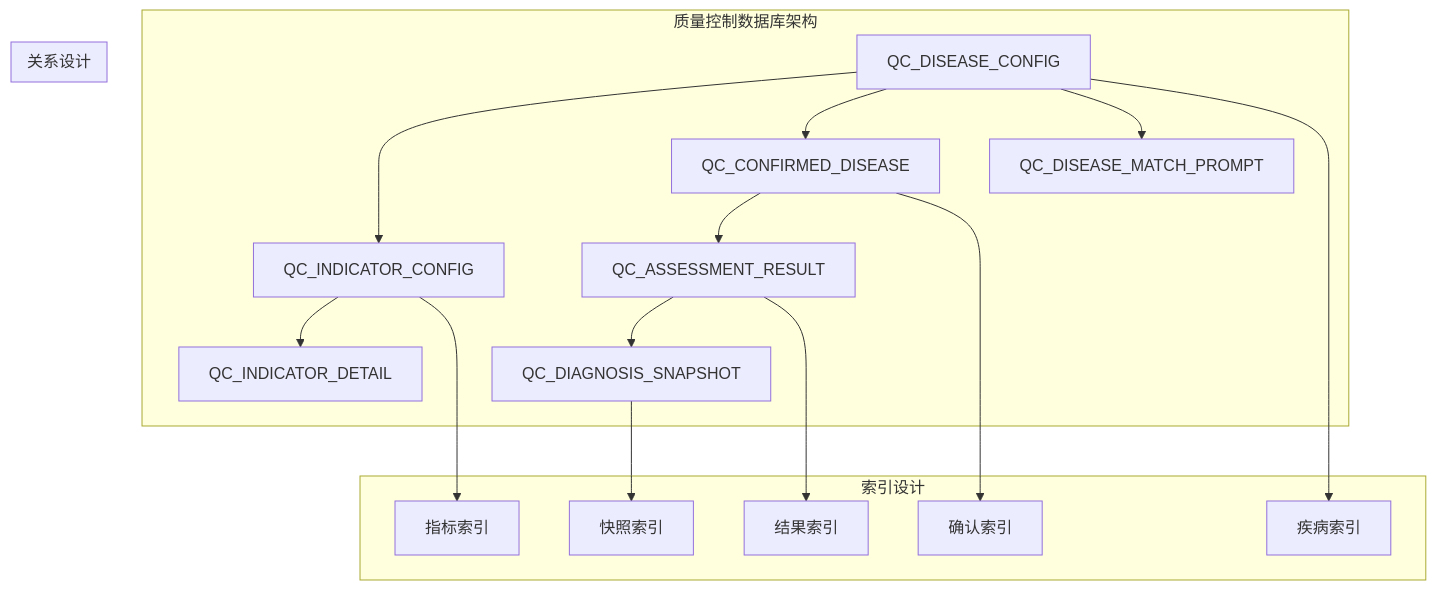
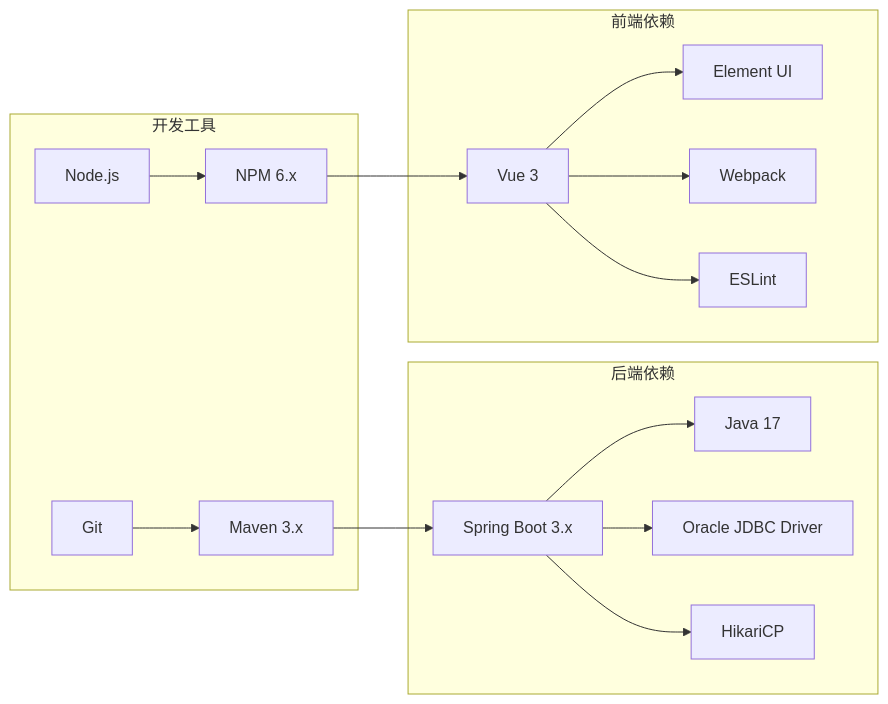
Before and after one commit to liuzh2008/med_ai_assistant_workspace: the eighth of 9 diagrams in .qoder/repowiki/zh/content/Update Summary/Update Summary.md, drawn with Mermaid. The commit also changed other lines of this file and 5 other files, not shown here.

````diff
--- a/.qoder/repowiki/zh/content/Update Summary/Update Summary.md
+++ b/.qoder/repowiki/zh/content/Update Summary/Update Summary.md
@@ -1560,32 +325,31 @@
 ```mermaid
-graph TB
-subgraph "质量控制数据库架构"
-DiseaseConfig[QC_DISEASE_CONFIG]
-DiseaseConfirm[QC_CONFIRMED_DISEASE]
-IndicatorConfig[QC_INDICATOR_CONFIG]
-IndicatorDetail[QC_INDICATOR_DETAIL]
-AssessmentResult[QC_ASSESSMENT_RESULT]
-DiagnosisSnapshot[QC_DIAGNOSIS_SNAPSHOT]
-DiseaseMatchPrompt[QC_DISEASE_MATCH_PROMPT]
+graph LR
+subgraph "开发工具"
+A[Maven 3.x]
+B[NPM 6.x]
+C[Node.js]
+D[Git]
 end
-subgraph "关系设计"
-DiseaseConfig --> IndicatorConfig
-DiseaseConfig --> DiseaseConfirm
-DiseaseConfirm --> AssessmentResult
-AssessmentResult --> DiagnosisSnapshot
-DiseaseConfig --> DiseaseMatchPrompt
-IndicatorConfig --> IndicatorDetail
+subgraph "后端依赖"
+E[Spring Boot 3.x]
+F[Java 17]
+G[Oracle JDBC Driver]
+H[HikariCP]
 end
-subgraph "索引设计"
-DiseaseIndex[疾病索引]
-ConfirmIndex[确认索引]
-IndicatorIndex[指标索引]
-ResultIndex[结果索引]
-SnapshotIndex[快照索引]
+subgraph "前端依赖"
+I[Vue 3]
+J[Element UI]
+K[Webpack]
+L[ESLint]
 end
-DiseaseConfig --> DiseaseIndex
-DiseaseConfirm --> ConfirmIndex
-IndicatorConfig --> IndicatorIndex
-AssessmentResult --> ResultIndex
-DiagnosisSnapshot --> SnapshotIndex
+A --> E
+B --> I
+C --> B
+D --> A
+E --> F
+E --> G
+E --> H
+I --> J
+I --> K
+I --> L
 ```
````
